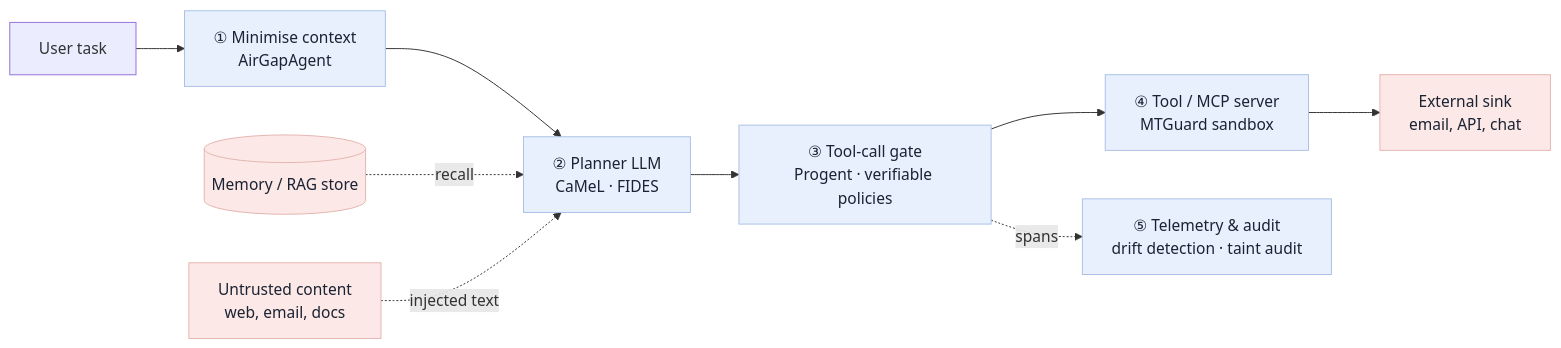
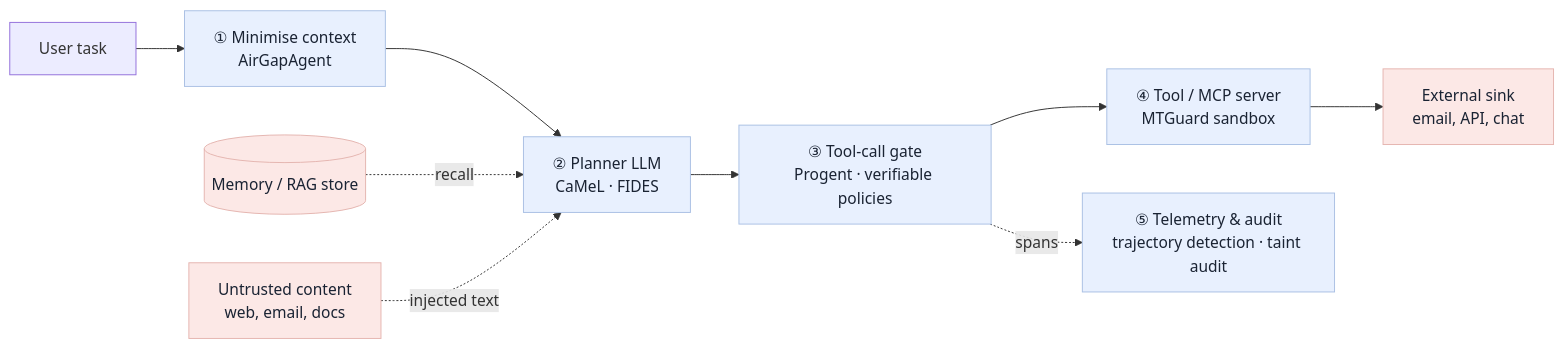
One commit to alpacabar/dlp changed the diagram in agentic-dlp/README.md. Above: the diagram before and after it, drawn with Mermaid. The commit also changed other lines of this file and 6 other files, not shown here.

First line of the commit message:
Add trajectory-level detection notes; check Leong versions

````diff
--- a/agentic-dlp/README.md
+++ b/agentic-dlp/README.md
@@ -23,16 +24,16 @@
 ```mermaid
 flowchart LR
     U["User task"] --> MIN["① Minimise context<br/>AirGapAgent"]
     MIN --> P["② Planner LLM<br/>CaMeL · FIDES"]
     MEM[("Memory / RAG store")] -.recall.-> P
     EXT["Untrusted content<br/>web, email, docs"] -.injected text.-> P
     P --> TC["③ Tool-call gate<br/>Progent · verifiable policies"]
     TC --> T["④ Tool / MCP server<br/>MTGuard sandbox"]
     T --> OUT["External sink<br/>email, API, chat"]
-    TC -. spans .-> TEL["⑤ Telemetry & audit<br/>drift detection · taint audit"]
+    TC -. spans .-> TEL["⑤ Telemetry & audit<br/>trajectory detection · taint audit"]
 
     classDef ctl fill:#E8F0FE,stroke:#AAC0E4,color:#1A2333
     classDef risk fill:#FCE8E6,stroke:#E5B5B0,color:#1A2333
     class MIN,P,TC,T,TEL ctl
     class MEM,EXT,OUT risk
 ```
````
